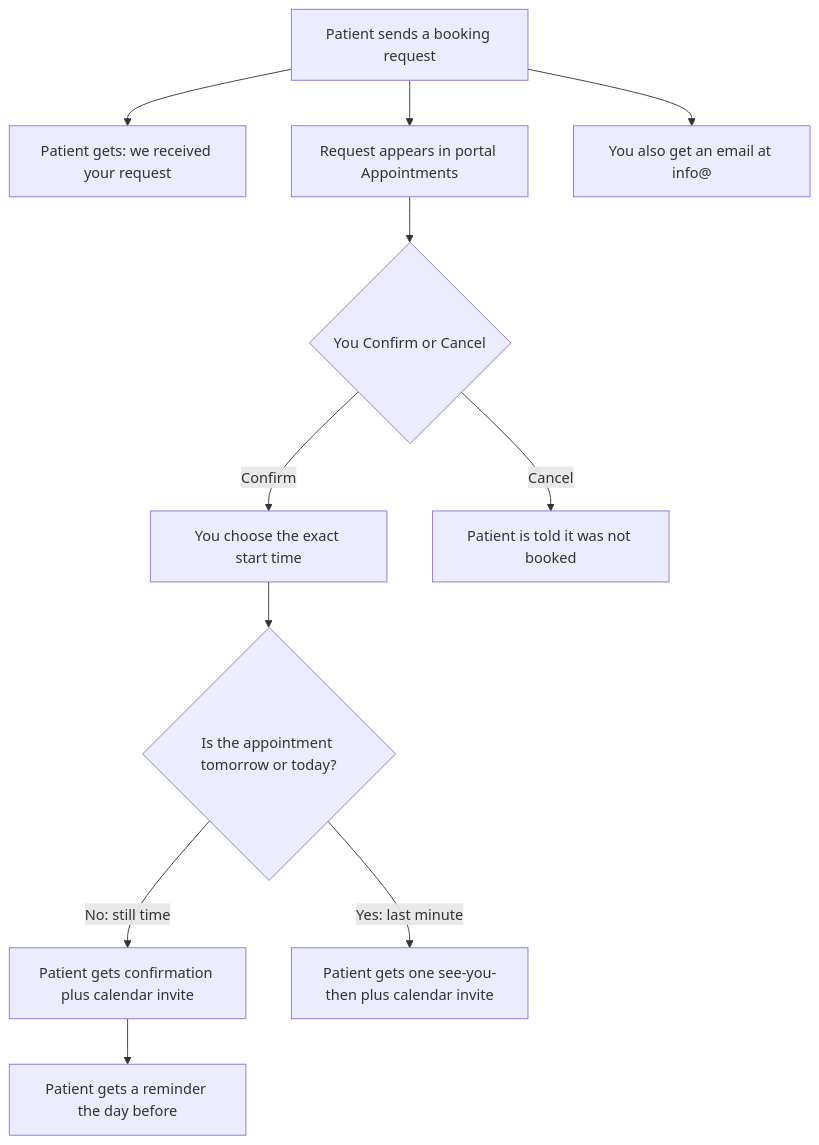
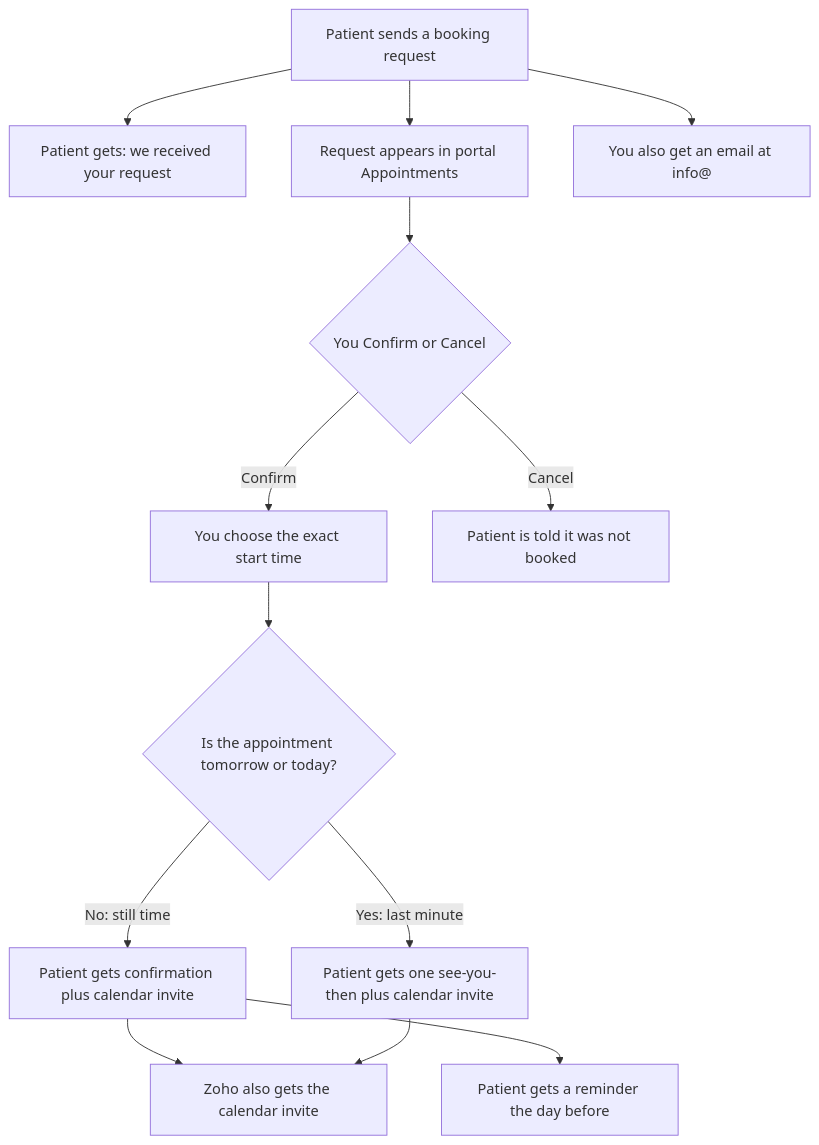
One commit to hbacalso1229/wellness-needles changed the diagram in docs/OWNER-BOOKINGS.md. Above: the diagram before and after it, drawn with Mermaid. The commit also changed other lines of this file and 24 other files, not shown here.

````diff
--- a/docs/OWNER-BOOKINGS.md
+++ b/docs/OWNER-BOOKINGS.md
@@ -9,23 +9,25 @@
 ```mermaid
 flowchart TD
   request[Patient sends a booking request]
   received[Patient gets: we received your request]
   inbox[Request appears in portal Appointments]
   clinicMail[You also get an email at info@]
   decide{You Confirm or Cancel}
   pickTime[You choose the exact start time]
   tooSoon{Is the appointment tomorrow or today?}
   confirmed[Patient gets confirmation plus calendar invite]
   reminder[Patient gets a reminder the day before]
   seeYou[Patient gets one see-you-then plus calendar invite]
   cancelled[Patient is told it was not booked]
+  zoho[Zoho also gets the calendar invite]
 
   request --> received
   request --> inbox
   request --> clinicMail
   inbox --> decide
   decide -->|Confirm| pickTime --> tooSoon
-  tooSoon -->|No: still time| confirmed --> reminder
-  tooSoon -->|Yes: last minute| seeYou
+  tooSoon -->|No: still time| confirmed --> zoho
+  confirmed --> reminder
+  tooSoon -->|Yes: last minute| seeYou --> zoho
   decide -->|Cancel| cancelled
 ```
````
